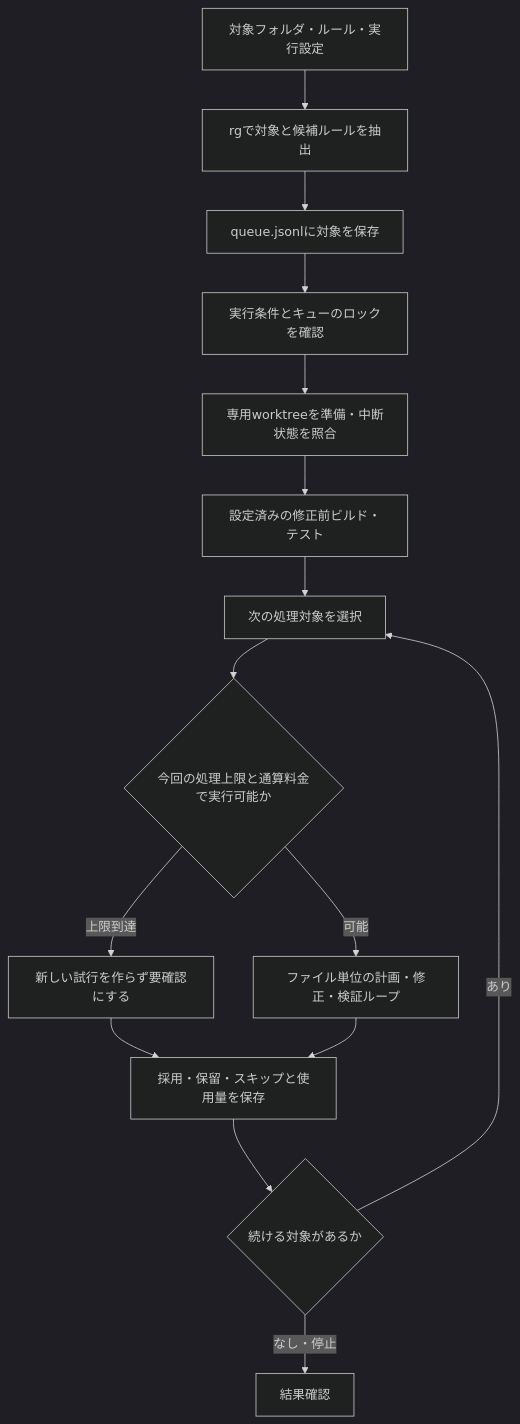
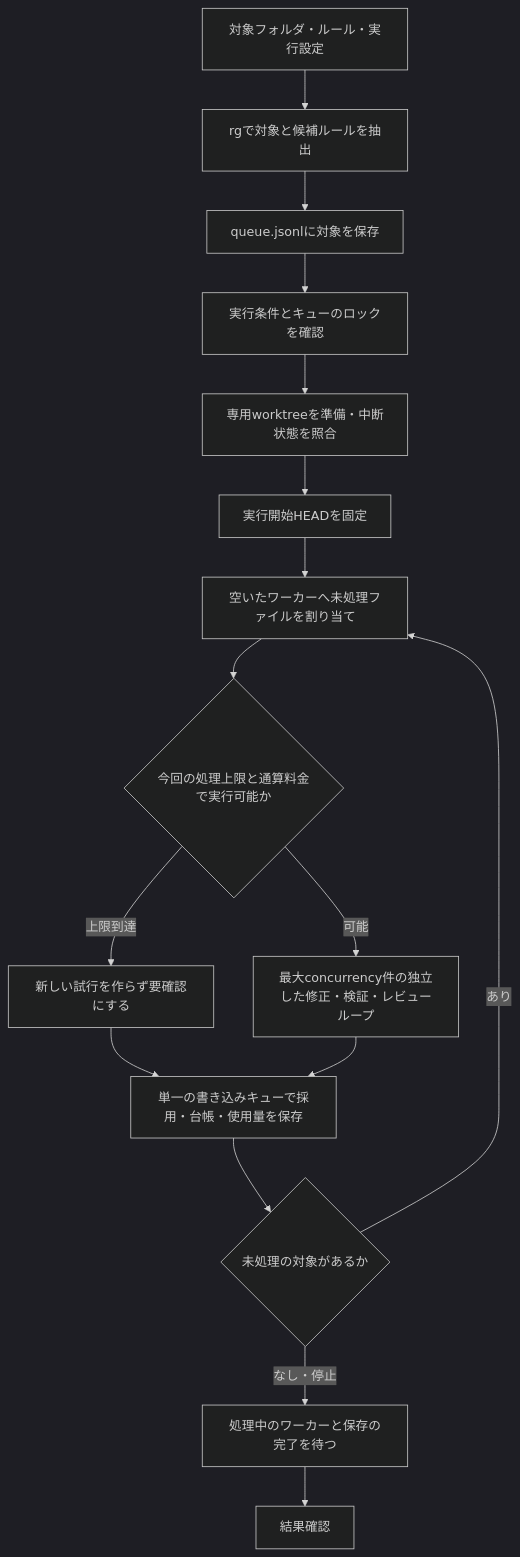
Before and after one commit to sunu-py-jp/OneByOne: the first of 3 diagrams in docs/ai-harness.md, drawn with Mermaid (dark theme). The commit also changed other lines of this file and 192 other files, not shown here.

````diff
--- a/docs/ai-harness.md
+++ b/docs/ai-harness.md
@@ -28,17 +30,18 @@
 ```mermaid
 flowchart TD
     Config["対象フォルダ・ルール・実行設定"] --> Scan["rgで対象と候補ルールを抽出"]
     Scan --> Queue["queue.jsonlに対象を保存"]
     Queue --> Start["実行条件とキューのロックを確認"]
     Start --> Worktree["専用worktreeを準備・中断状態を照合"]
-    Worktree --> Baseline["設定済みの修正前ビルド・テスト"]
-    Baseline --> Pick["次の処理対象を選択"]
+    Worktree --> Baseline["実行開始HEADを固定"]
+    Baseline --> Pick["空いたワーカーへ未処理ファイルを割り当て"]
     Pick --> Budget{"今回の処理上限と通算料金で実行可能か"}
-    Budget -->|"可能"| Session["ファイル単位の計画・修正・検証ループ"]
+    Budget -->|"可能"| Session["最大concurrency件の独立した修正・検証・レビューループ"]
     Budget -->|"上限到達"| Hold["新しい試行を作らず要確認にする"]
-    Hold --> Save
-    Session --> Save["採用・保留・スキップと使用量を保存"]
-    Save --> More{"続ける対象があるか"}
+    Hold --> Writer
+    Session --> Writer["単一の書き込みキューで採用・台帳・使用量を保存"]
+    Writer --> More{"未処理の対象があるか"}
     More -->|"あり"| Pick
-    More -->|"なし・停止"| Result["結果確認"]
+    More -->|"なし・停止"| Drain["処理中のワーカーと保存の完了を待つ"]
+    Drain --> Result["結果確認"]
 ```
````
